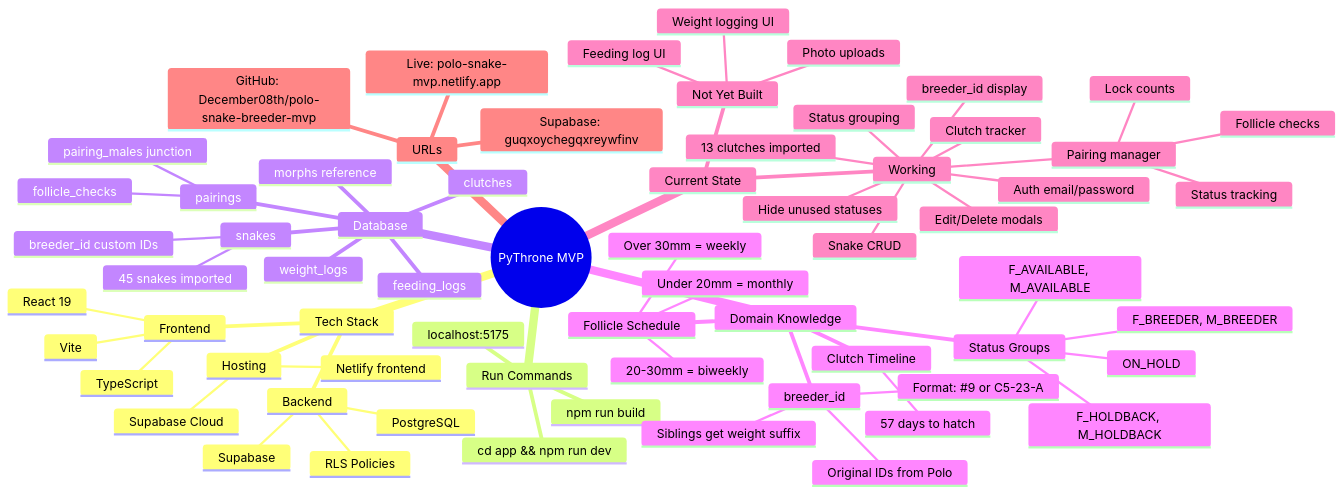
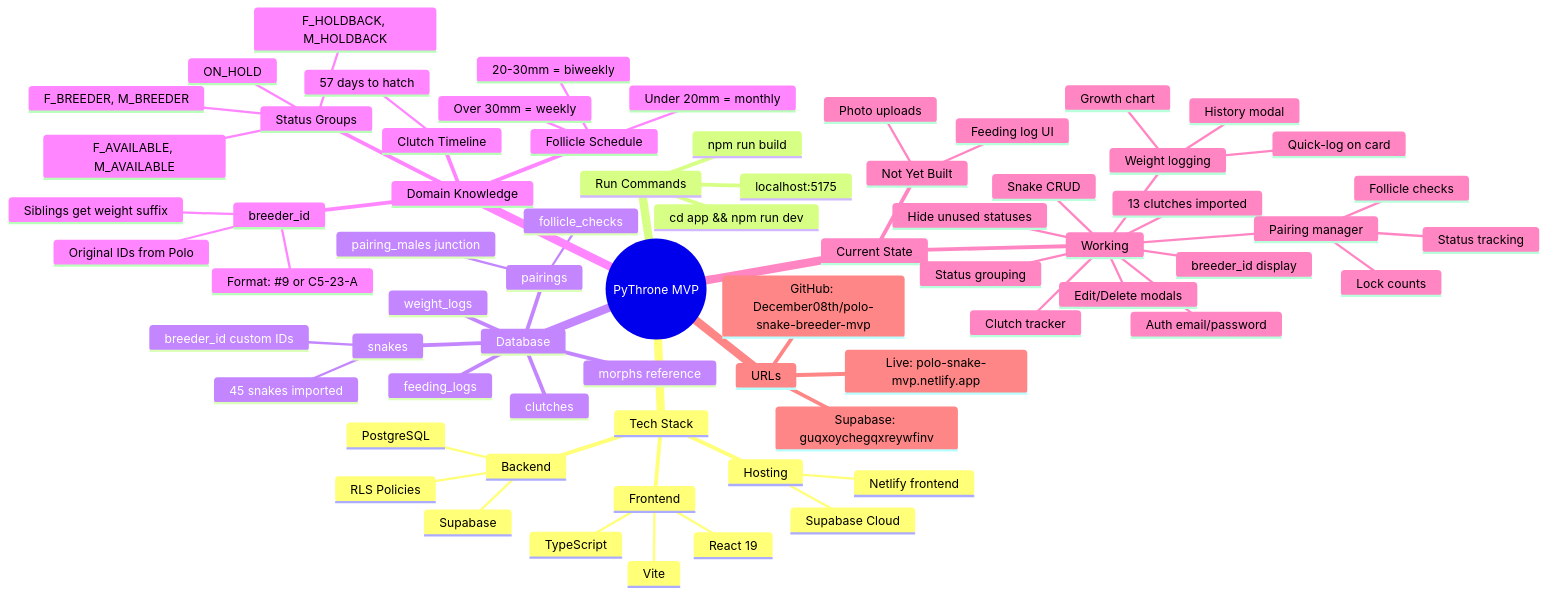
One commit to December08th/polo-snake-breeder-mvp changed the diagram in CLAUDE.md. Above: the diagram before and after it, drawn with Mermaid. The commit also changed other lines of this file and 9 other files, not shown here.

First line of the commit message:
Add Weight Logging feature

````diff
--- a/CLAUDE.md
+++ b/CLAUDE.md
@@ -5,69 +5,72 @@
 ```mermaid
 mindmap
   root((PyThrone MVP))
     Tech Stack
       Frontend
         React 19
         TypeScript
         Vite
       Backend
         Supabase
         PostgreSQL
         RLS Policies
       Hosting
         Netlify frontend
         Supabase Cloud
     Run Commands
       cd app && npm run dev
       localhost:5175
       npm run build
     Database
       snakes
         breeder_id custom IDs
         45 snakes imported
       weight_logs
       feeding_logs
       pairings
         pairing_males junction
         follicle_checks
       clutches
       morphs reference
     Domain Knowledge
       breeder_id
         Original IDs from Polo
         Format: #9 or C5-23-A
         Siblings get weight suffix
       Status Groups
         F_BREEDER, M_BREEDER
         F_HOLDBACK, M_HOLDBACK
         F_AVAILABLE, M_AVAILABLE
         ON_HOLD
       Follicle Schedule
         Under 20mm = monthly
         20-30mm = biweekly
         Over 30mm = weekly
       Clutch Timeline
         57 days to hatch
     Current State
       Working
         Auth email/password
         Snake CRUD
         Status grouping
         Hide unused statuses
         Edit/Delete modals
         breeder_id display
         Clutch tracker
         13 clutches imported
         Pairing manager
           Status tracking
           Lock counts
           Follicle checks
+        Weight logging
+          Quick-log on card
+          History modal
+          Growth chart
       Not Yet Built
-        Weight logging UI
         Feeding log UI
         Photo uploads
     URLs
       Live: polo-snake-mvp.netlify.app
       Supabase: guqxoychegqxreywfinv
       GitHub: December08th/polo-snake-breeder-mvp
 ```
````
